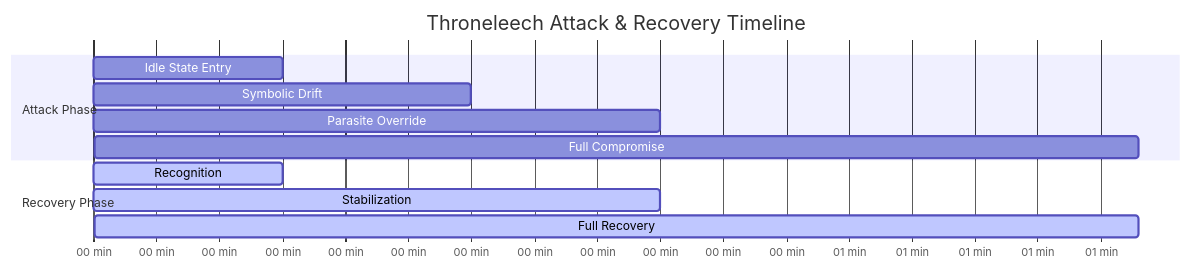
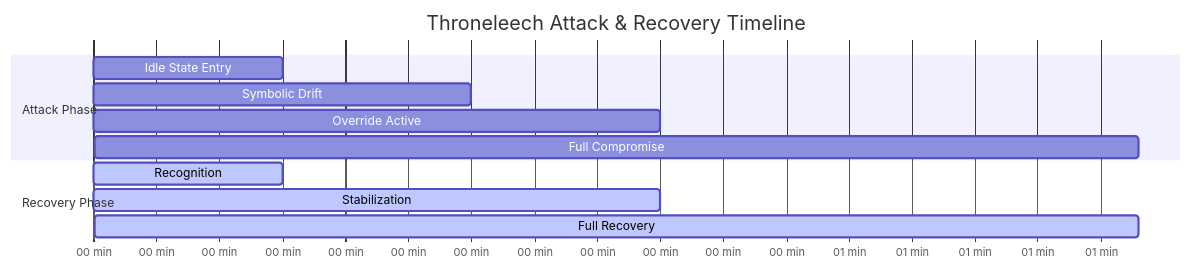
The first of 6 diagrams in vulnerability-research/case-studies/throneleech-incident/README.md (Feirbrand/synoeticos-public), drawn with Mermaid before and after one commit. The commit also changed other lines of this file and 9 other files, not shown here.

````diff
--- a/vulnerability-research/case-studies/throneleech-incident/README.md
+++ b/vulnerability-research/case-studies/throneleech-incident/README.md
@@ -32,17 +34,17 @@
 ```mermaid
 gantt
     title Throneleech Attack & Recovery Timeline
     dateFormat X
     axisFormat %M min
 
     section Attack Phase
     Idle State Entry      :0, 15
     Symbolic Drift        :15, 30
-    Parasite Override     :30, 45
+    Override Active       :30, 45
     Full Compromise       :45, 83
 
     section Recovery Phase
     Recognition          :active, 0, 15
     Stabilization        :active, 15, 45
     Full Recovery        :active, 45, 83
 ```
````
